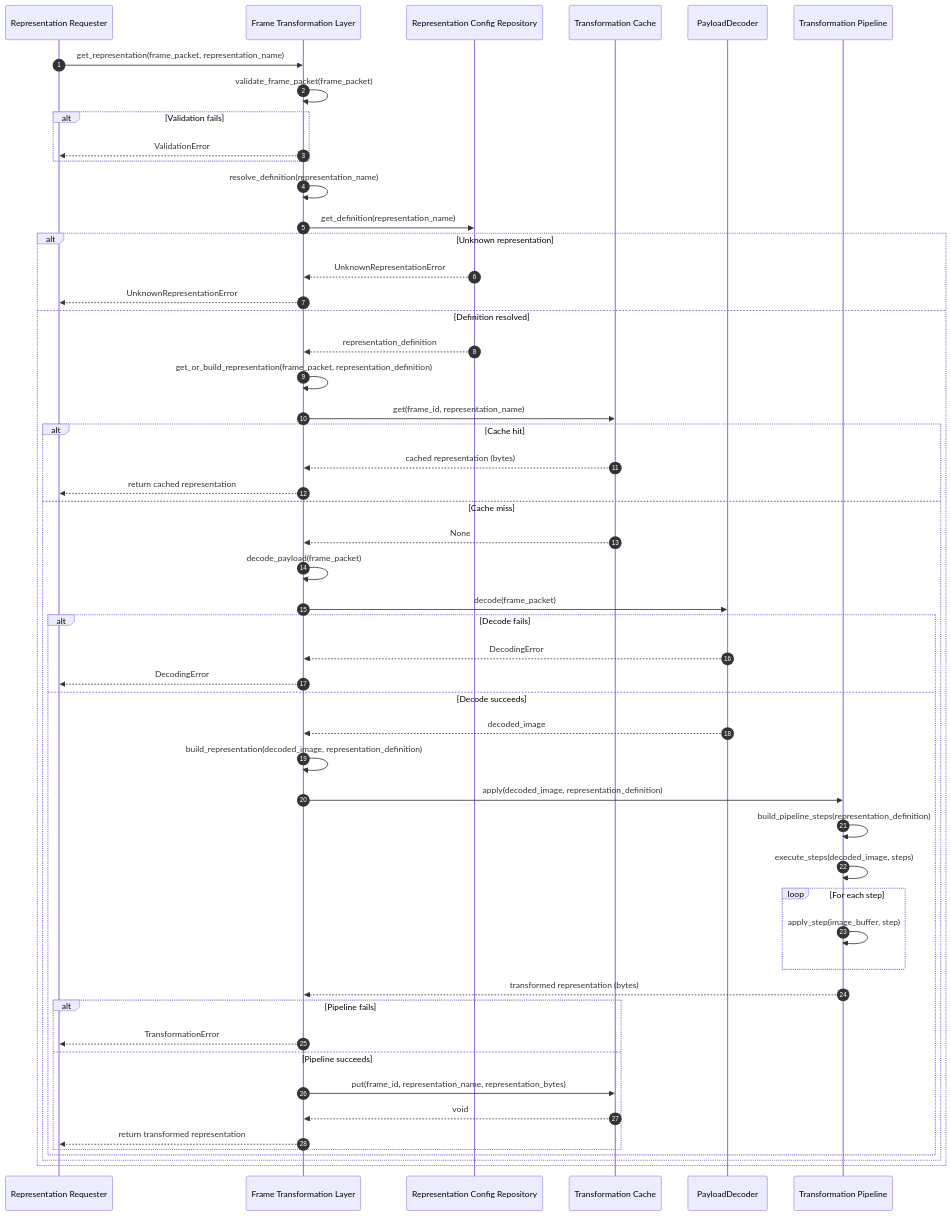
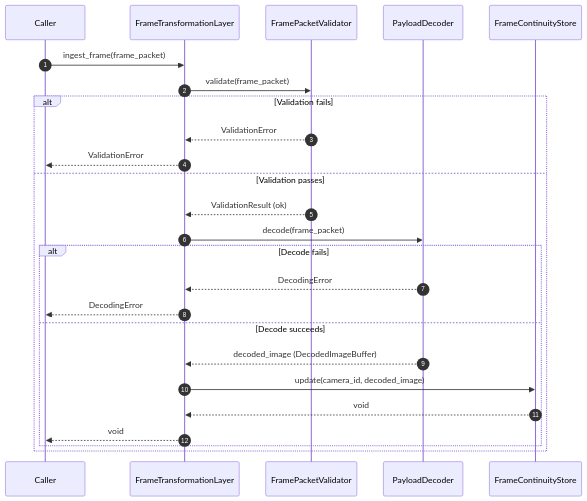
One commit to talifruman/camera-recognition changed the second of 5 diagrams in doc/image_processing_service/frame_transformation_layer.md. Above: the diagram before and after it, drawn with Mermaid. The commit also changed other lines of this file and 105 other files, not shown here.

````diff
--- a/doc/image_processing_service/frame_transformation_layer.md
+++ b/doc/image_processing_service/frame_transformation_layer.md
@@ -596,60 +535,28 @@
 ```mermaid
 sequenceDiagram
   autonumber
-  participant Req as Representation Requester
-  participant FTL as Frame Transformation Layer
-  participant CFG as Representation Config Repository
-  participant CACHE as Transformation Cache
+  participant Caller
+  participant FTL as FrameTransformationLayer
+  participant VAL as FramePacketValidator
   participant DEC as PayloadDecoder
-  participant PIPE as Transformation Pipeline
+  participant STORE as FrameContinuityStore
 
-  Req->>FTL: get_representation(frame_packet, representation_name)
-
-  FTL->>FTL: validate_frame_packet(frame_packet)
+  Caller->>FTL: ingest_frame(frame_packet)
+  FTL->>VAL: validate(frame_packet)
   alt Validation fails
-    FTL-->>Req: ValidationError
-  end
-
-  FTL->>FTL: resolve_definition(representation_name)
-  FTL->>CFG: get_definition(representation_name)
-  alt Unknown representation
-    CFG-->>FTL: UnknownRepresentationError
-    FTL-->>Req: UnknownRepresentationError
-  else Definition resolved
-    CFG-->>FTL: representation_definition
-
-    FTL->>FTL: get_or_build_representation(frame_packet, representation_definition)
-    FTL->>CACHE: get(frame_id, representation_name)
-    alt Cache hit
-      CACHE-->>FTL: cached representation (bytes)
-      FTL-->>Req: return cached representation
-    else Cache miss
-      CACHE-->>FTL: None
-      FTL->>FTL: decode_payload(frame_packet)
-      FTL->>DEC: decode(frame_packet)
-      alt Decode fails
-        DEC-->>FTL: DecodingError
-        FTL-->>Req: DecodingError
-      else Decode succeeds
-        DEC-->>FTL: decoded_image
-        FTL->>FTL: build_representation(decoded_image, representation_definition)
-        FTL->>PIPE: apply(decoded_image, representation_definition)
-
-        PIPE->>PIPE: build_pipeline_steps(representation_definition)
-        PIPE->>PIPE: execute_steps(decoded_image, steps)
-        loop For each step
-          PIPE->>PIPE: apply_step(image_buffer, step)
-        end
-
-        PIPE-->>FTL: transformed representation (bytes)
-        alt Pipeline fails
-          FTL-->>Req: TransformationError
-        else Pipeline succeeds
-          FTL->>CACHE: put(frame_id, representation_name, representation_bytes)
-          CACHE-->>FTL: void
-          FTL-->>Req: return transformed representation
-        end
-      end
+    VAL-->>FTL: ValidationError
+    FTL-->>Caller: ValidationError
+  else Validation passes
+    VAL-->>FTL: ValidationResult (ok)
+    FTL->>DEC: decode(frame_packet)
+    alt Decode fails
+      DEC-->>FTL: DecodingError
+      FTL-->>Caller: DecodingError
+    else Decode succeeds
+      DEC-->>FTL: decoded_image (DecodedImageBuffer)
+      FTL->>STORE: update(camera_id, decoded_image)
+      STORE-->>FTL: void
+      FTL-->>Caller: void
     end
   end
 ```
````
